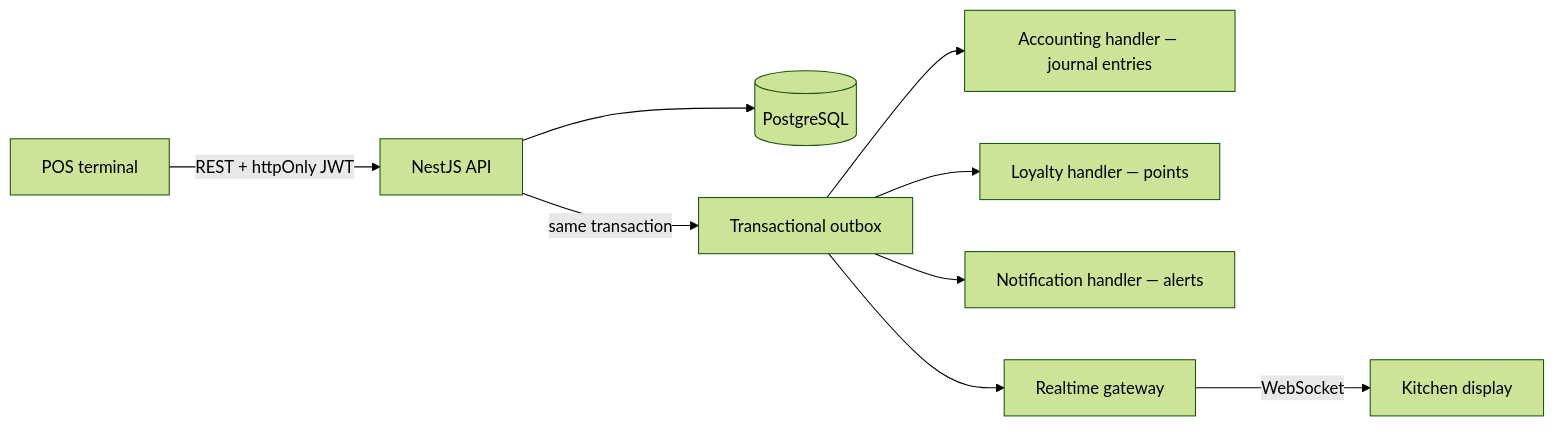
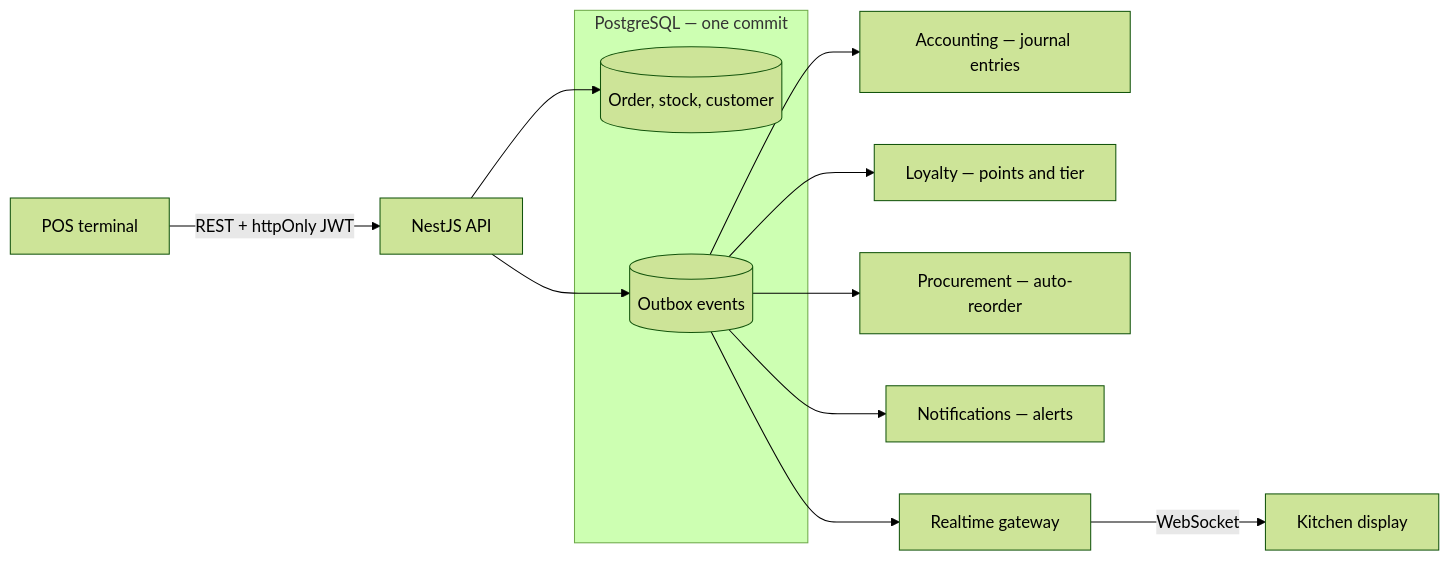
One commit to nkieu-config/branchbrew-cafe-erp changed the diagram in docs/architecture.md. Above: the diagram before and after it, drawn with Mermaid (forest theme). The commit also changed other lines of this file and 1 other file, not shown here.

First line of the commit message:
docs: show the source tree, and fix what the system diagram claimed

````diff
--- a/docs/architecture.md
+++ b/docs/architecture.md
@@ -13,11 +13,16 @@
 ```mermaid
 flowchart LR
   POS["POS terminal"] -->|"REST + httpOnly JWT"| API["NestJS API"]
-  API --> PG[("PostgreSQL")]
-  API -->|"same transaction"| OB["Transactional outbox"]
-  OB --> ACC["Accounting handler — journal entries"]
-  OB --> LOY["Loyalty handler — points"]
-  OB --> NOTIF["Notification handler — alerts"]
+  subgraph TX["PostgreSQL — one commit"]
+    BIZ[("Order, stock, customer")]
+    OB[("Outbox events")]
+  end
+  API --> BIZ
+  API --> OB
+  OB --> ACC["Accounting — journal entries"]
+  OB --> LOY["Loyalty — points and tier"]
+  OB --> PROC["Procurement — auto-reorder"]
+  OB --> NOTIF["Notifications — alerts"]
   OB --> RT["Realtime gateway"]
   RT -->|WebSocket| KDS["Kitchen display"]
 ```
````
